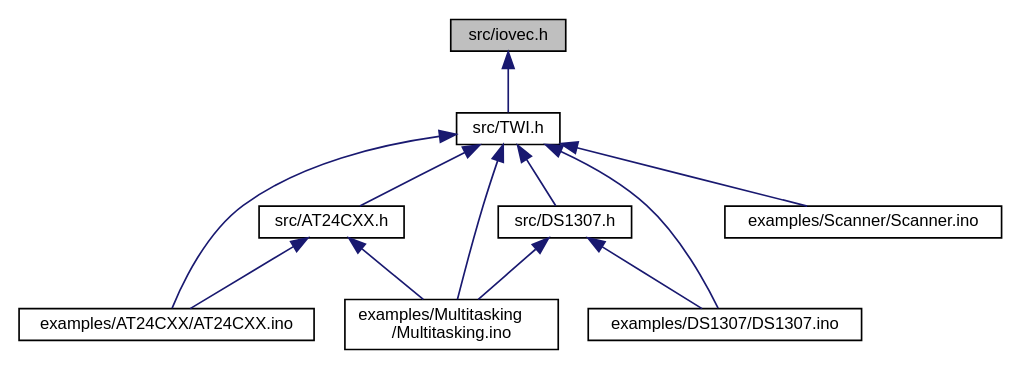
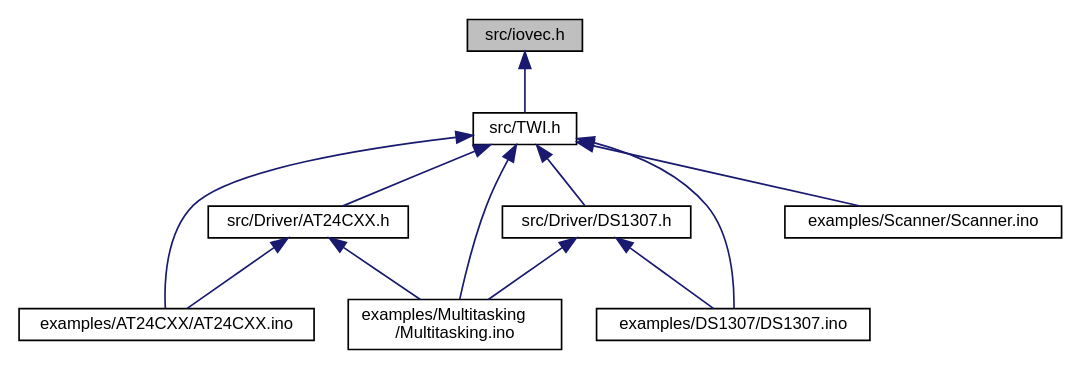
The diagram in Arduino-TWI/d0/db4/iovec_8h__dep__incl.dot (mikaelpatel/mikaelpatel.github.io), drawn with Graphviz before and after one commit. The commit also changed 144 other files, not shown here.

```diff
--- a/Arduino-TWI/d0/db4/iovec_8h__dep__incl.dot
+++ b/Arduino-TWI/d0/db4/iovec_8h__dep__incl.dot
@@ -1,24 +1,24 @@
 digraph "src/iovec.h"
 {
   edge [fontname="Helvetica",fontsize="10",labelfontname="Helvetica",labelfontsize="10"];
   node [fontname="Helvetica",fontsize="10",shape=record];
   Node1 [label="src/iovec.h",height=0.2,width=0.4,color="black", fillcolor="grey75", style="filled", fontcolor="black"];
   Node1 -> Node2 [dir="back",color="midnightblue",fontsize="10",style="solid",fontname="Helvetica"];
   Node2 [label="src/TWI.h",height=0.2,width=0.4,color="black", fillcolor="white", style="filled",URL="$d7/d67/TWI_8h.html"];
   Node2 -> Node3 [dir="back",color="midnightblue",fontsize="10",style="solid",fontname="Helvetica"];
-  Node3 [label="src/AT24CXX.h",height=0.2,width=0.4,color="black", fillcolor="white", style="filled",URL="$db/d0b/AT24CXX_8h.html"];
+  Node3 [label="src/Driver/AT24CXX.h",height=0.2,width=0.4,color="black", fillcolor="white", style="filled",URL="$db/d0b/AT24CXX_8h.html"];
   Node3 -> Node4 [dir="back",color="midnightblue",fontsize="10",style="solid",fontname="Helvetica"];
   Node4 [label="examples/AT24CXX/AT24CXX.ino",height=0.2,width=0.4,color="black", fillcolor="white", style="filled",URL="$de/d62/AT24CXX_8ino.html"];
   Node3 -> Node5 [dir="back",color="midnightblue",fontsize="10",style="solid",fontname="Helvetica"];
   Node5 [label="examples/Multitasking\l/Multitasking.ino",height=0.2,width=0.4,color="black", fillcolor="white", style="filled",URL="$d0/df3/Multitasking_8ino.html"];
   Node2 -> Node6 [dir="back",color="midnightblue",fontsize="10",style="solid",fontname="Helvetica"];
-  Node6 [label="src/DS1307.h",height=0.2,width=0.4,color="black", fillcolor="white", style="filled",URL="$de/dba/DS1307_8h.html"];
+  Node6 [label="src/Driver/DS1307.h",height=0.2,width=0.4,color="black", fillcolor="white", style="filled",URL="$de/dba/DS1307_8h.html"];
   Node6 -> Node7 [dir="back",color="midnightblue",fontsize="10",style="solid",fontname="Helvetica"];
   Node7 [label="examples/DS1307/DS1307.ino",height=0.2,width=0.4,color="black", fillcolor="white", style="filled",URL="$d3/d10/DS1307_8ino.html"];
   Node6 -> Node5 [dir="back",color="midnightblue",fontsize="10",style="solid",fontname="Helvetica"];
   Node2 -> Node4 [dir="back",color="midnightblue",fontsize="10",style="solid",fontname="Helvetica"];
   Node2 -> Node7 [dir="back",color="midnightblue",fontsize="10",style="solid",fontname="Helvetica"];
   Node2 -> Node5 [dir="back",color="midnightblue",fontsize="10",style="solid",fontname="Helvetica"];
   Node2 -> Node8 [dir="back",color="midnightblue",fontsize="10",style="solid",fontname="Helvetica"];
   Node8 [label="examples/Scanner/Scanner.ino",height=0.2,width=0.4,color="black", fillcolor="white", style="filled",URL="$dd/da4/Scanner_8ino.html"];
 }
```
